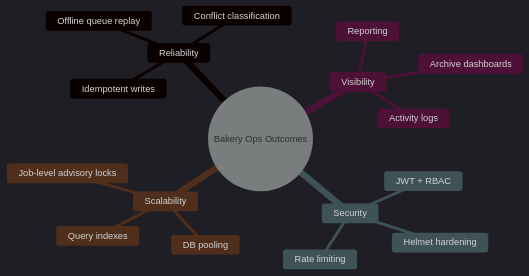
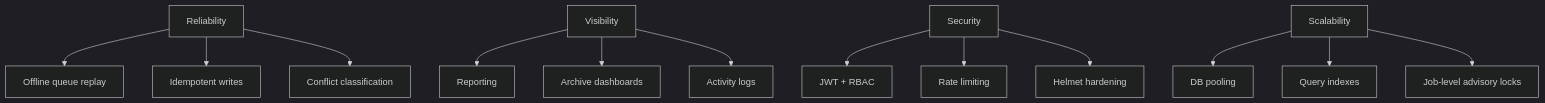
Before and after one commit to Asout3/bakery-ops-app: the first of 6 diagrams in README.md, drawn with Mermaid (dark theme). The commit also changed other lines of this file and 21 other files, not shown here.

````diff
--- a/README.md
+++ b/README.md
@@ -44,20 +44,15 @@
 ```mermaid
-mindmap
-  root((Bakery Ops Outcomes))
-    Reliability
-      Offline queue replay
-      Idempotent writes
-      Conflict classification
-    Visibility
-      Reporting
-      Archive dashboards
-      Activity logs
-    Security
-      JWT + RBAC
-      Rate limiting
-      Helmet hardening
-    Scalability
-      DB pooling
-      Query indexes
-      Job-level advisory locks
+flowchart TB
+  A[Reliability] --> A1[Offline queue replay]
+  A --> A2[Idempotent writes]
+  A --> A3[Conflict classification]
+  B[Visibility] --> B1[Reporting]
+  B --> B2[Archive dashboards]
+  B --> B3[Activity logs]
+  C[Security] --> C1[JWT + RBAC]
+  C --> C2[Rate limiting]
+  C --> C3[Helmet hardening]
+  D[Scalability] --> D1[DB pooling]
+  D --> D2[Query indexes]
+  D --> D3[Job-level advisory locks]
 ```
````
